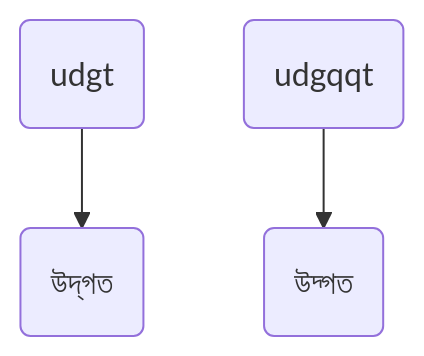
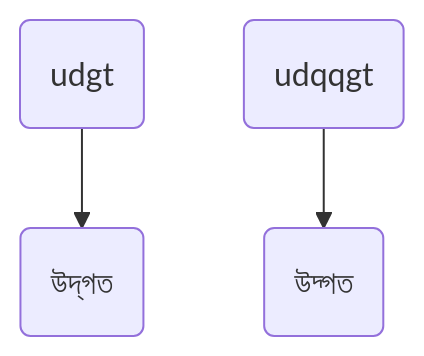
One commit to KhiproTeam/khipro changed diagram 35 of 35 in content/quickstart/_index.md. Above: the diagram before and after it, drawn with Mermaid. The commit also changed other lines of this file, not shown here.

````diff
--- a/content/quickstart/_index.md
+++ b/content/quickstart/_index.md
@@ -444,5 +444,5 @@
 ```mermaid
 flowchart TD
 a(udgt) --> b(উদ্‌গত)
-e(udgqqt) --> f(উদ্গত)
+e(udqqgt) --> f(উদ্গত)
 ```
````
